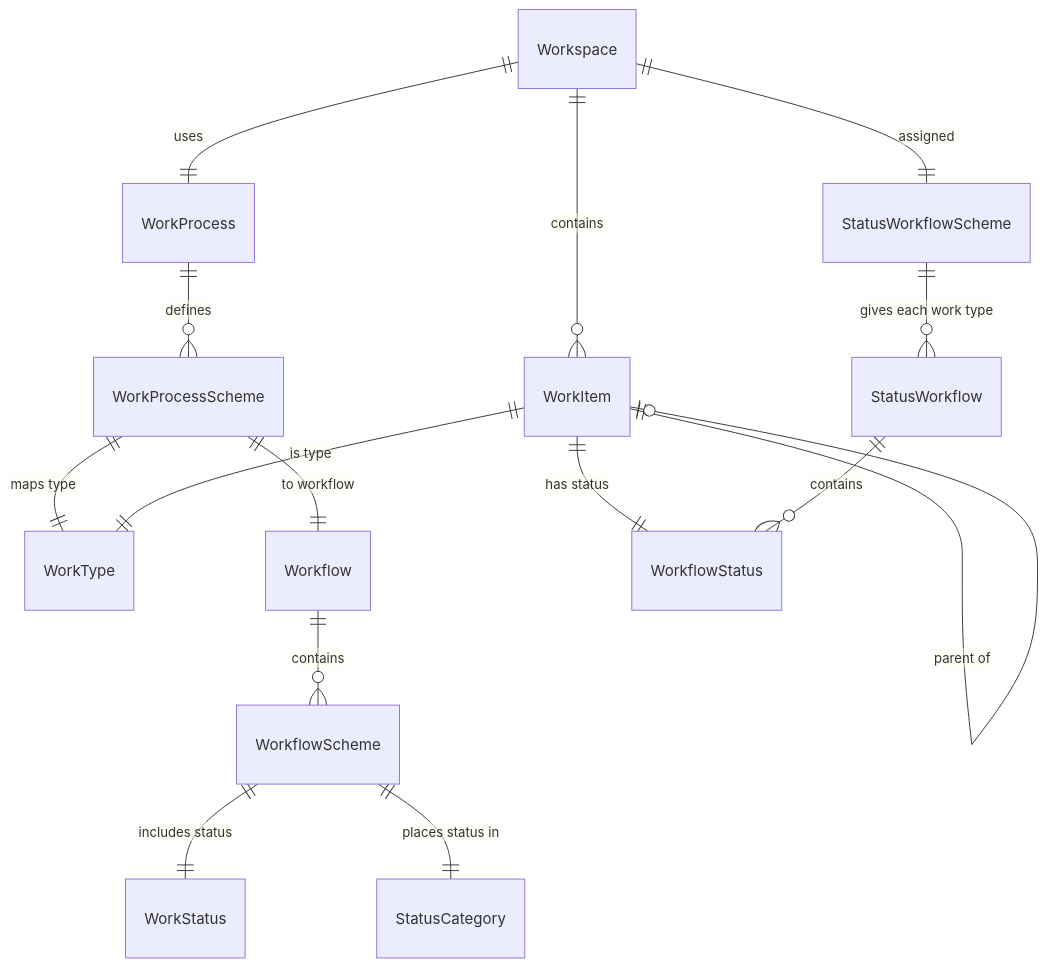
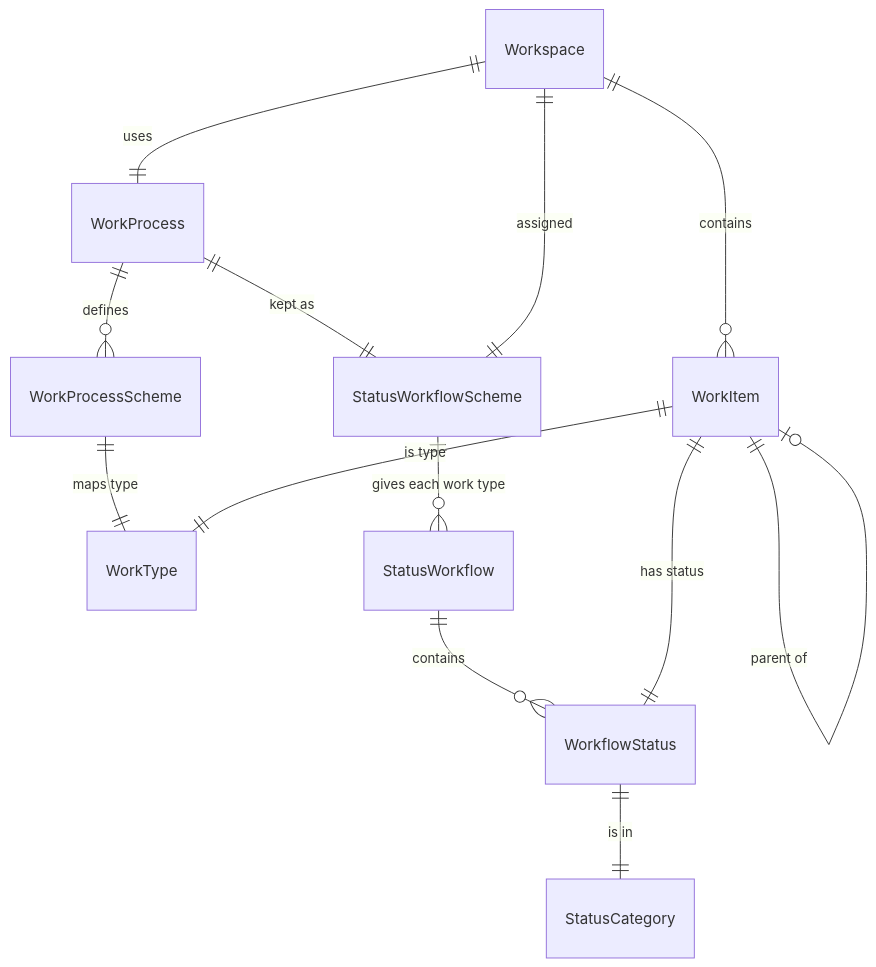
Before and after one commit to destacey/Wayd: the diagram in docs/user-guide/work-management/work-configuration.mdx, drawn with Mermaid. The commit also changed other lines of this file and 8 other files, not shown here.

Commit message:
docs: describe work statuses as belonging to one workflow (#1237)

````diff
--- a/docs/user-guide/work-management/work-configuration.mdx
+++ b/docs/user-guide/work-management/work-configuration.mdx
@@ -14,17 +14,15 @@
 ```mermaid
 erDiagram
     Workspace ||--|| WorkProcess : uses
     WorkProcess ||--o{ WorkProcessScheme : defines
     WorkProcessScheme ||--|| WorkType : "maps type"
-    WorkProcessScheme ||--|| Workflow : "to workflow"
-    Workflow ||--o{ WorkflowScheme : contains
-    WorkflowScheme ||--|| WorkStatus : "includes status"
-    WorkflowScheme ||--|| StatusCategory : "places status in"
+    WorkProcess ||--|| StatusWorkflowScheme : "kept as"
+    StatusWorkflowScheme ||--o{ StatusWorkflow : "gives each work type"
+    StatusWorkflow ||--o{ WorkflowStatus : contains
+    WorkflowStatus ||--|| StatusCategory : "is in"
+    Workspace ||--|| StatusWorkflowScheme : "assigned"
     Workspace ||--o{ WorkItem : contains
     WorkItem ||--|| WorkType : "is type"
     WorkItem ||--|| WorkflowStatus : "has status"
-    StatusWorkflow ||--o{ WorkflowStatus : contains
-    Workspace ||--|| StatusWorkflowScheme : "assigned"
-    StatusWorkflowScheme ||--o{ StatusWorkflow : "gives each work type"
     WorkItem ||--o| WorkItem : "parent of"
 ```
````
